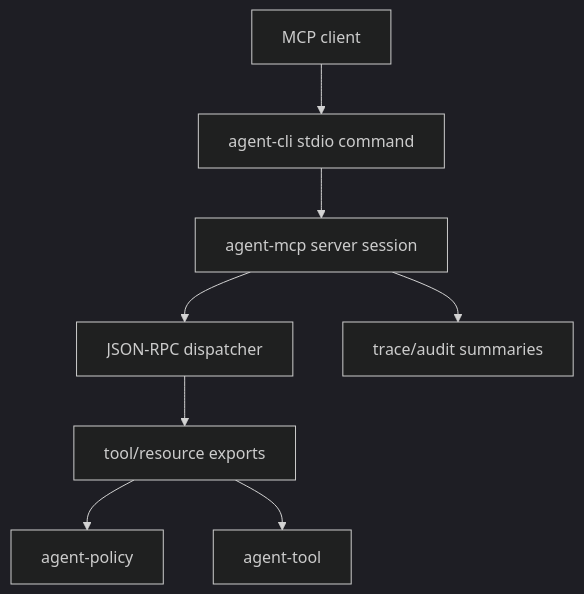
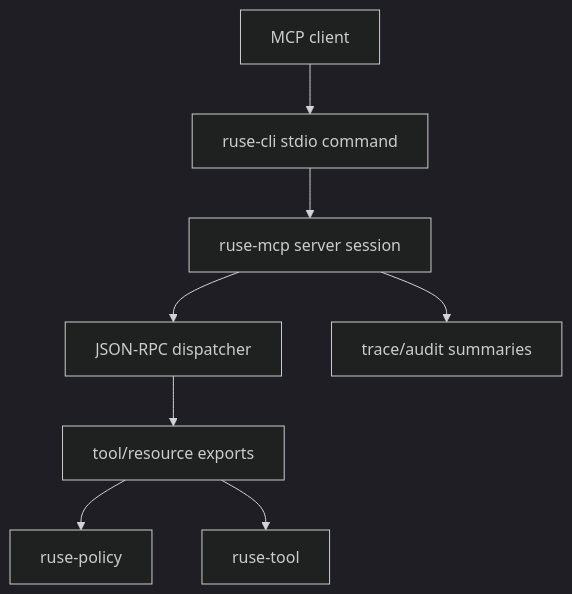
The diagram in docs/specs/M31-mcp-stdio-server-runtime.spec.md (poneding/agent), drawn with Mermaid (dark theme) before and after one commit. The commit also changed other lines of this file and 2091 other files, not shown here.

First line of the commit message:
refactor: rename agent branding to ruse

````diff
--- a/docs/specs/M31-mcp-stdio-server-runtime.spec.md
+++ b/docs/specs/M31-mcp-stdio-server-runtime.spec.md
@@ -31,10 +31,10 @@
 ```mermaid
 flowchart TD
-  Client["MCP client"] --> Stdio["agent-cli stdio command"]
-  Stdio --> Session["agent-mcp server session"]
+  Client["MCP client"] --> Stdio["ruse-cli stdio command"]
+  Stdio --> Session["ruse-mcp server session"]
   Session --> Dispatcher["JSON-RPC dispatcher"]
   Dispatcher --> Exports["tool/resource exports"]
-  Exports --> Policy["agent-policy"]
-  Exports --> Tools["agent-tool"]
+  Exports --> Policy["ruse-policy"]
+  Exports --> Tools["ruse-tool"]
   Session --> Trace["trace/audit summaries"]
 ```
````
